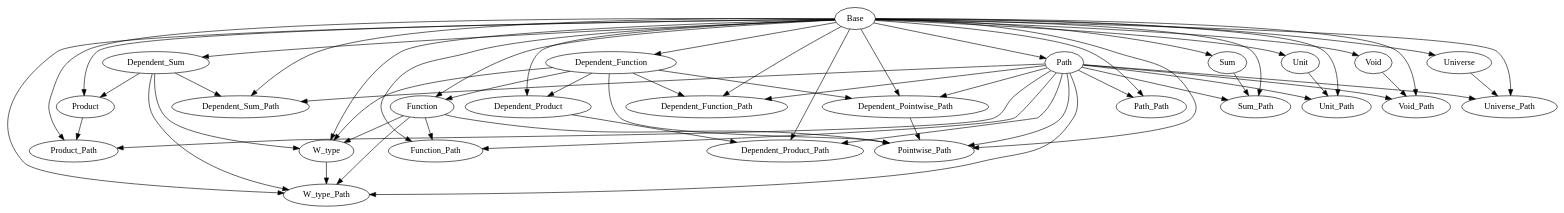
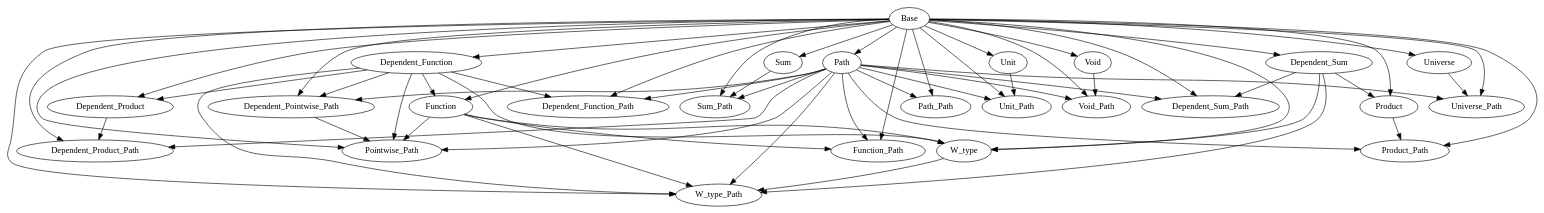
One commit to Hexirp/googology-in-coq changed the diagram in libraries/dependencies.gv. Above: the diagram before and after it, drawn with Graphviz. The commit also changed 1 other file, not shown here.

```diff
--- a/libraries/dependencies.gv
+++ b/libraries/dependencies.gv
@@ -1,86 +1,87 @@
 digraph Dependencies {
   # Base
   # Dependent_Function
   "Base" -> "Dependent_Function";
   # Function
   "Base" -> "Function";
   "Dependent_Function" -> "Function";
   # Dependent_Product
   "Base" -> "Dependent_Product";
   "Dependent_Function" -> "Dependent_Product";
   # Dependent_Sum
   "Base" -> "Dependent_Sum";
   # Product
   "Base" -> "Product";
   "Dependent_Sum" -> "Product";
   # Sum
   "Base" -> "Sum";
   # Unit
   "Base" -> "Unit";
   # Void
   "Base" -> "Void";
   # W_type
   "Base" -> "W_type";
   "Dependent_Function" -> "W_type";
   "Function" -> "W_type";
   "Dependent_Sum" -> "W_type";
   # Universe
   "Base" -> "Universe";
   # Path
   "Base" -> "Path";
   # Dependent_Function_Path
   "Base" -> "Dependent_Function_Path";
   "Dependent_Function" -> "Dependent_Function_Path";
   "Path" -> "Dependent_Function_Path";
   # Function_Path
   "Base" -> "Function_Path";
   "Function" -> "Function_Path";
   "Path" -> "Function_Path";
   # Dependent_Product_Path
   "Base" -> "Dependent_Product_Path";
   "Dependent_Product" -> "Dependent_Product_Path";
   "Path" -> "Dependent_Product_Path";
   # Dependent_Sum_Path
   "Base" -> "Dependent_Sum_Path";
   "Dependent_Sum" -> "Dependent_Sum_Path";
   "Path" -> "Dependent_Sum_Path";
   # Product_Path
   "Base" -> "Product_Path";
   "Product" -> "Product_Path";
   "Path" -> "Product_Path";
   # Sum_Path
   "Base" -> "Sum_Path";
   "Sum" -> "Sum_Path";
   "Path" -> "Sum_Path";
   # Unit_Path
   "Base" -> "Unit_Path";
   "Unit" -> "Unit_Path";
   "Path" -> "Unit_Path";
   # Void_Path
   "Base" -> "Void_Path";
   "Void" -> "Void_Path";
   "Path" -> "Void_Path";
   # W_type_Path
   "Base" -> "W_type_Path";
+  "Dependent_Function" -> "W_type_Path";
   "Function" -> "W_type_Path";
   "Dependent_Sum" -> "W_type_Path";
   "W_type" -> "W_type_Path";
   "Path" -> "W_type_Path";
   # Universe_Path
   "Base" -> "Universe_Path";
   "Universe" -> "Universe_Path";
   "Path" -> "Universe_Path";
   # Path_Path
   "Base" -> "Path_Path";
   "Path" -> "Path_Path";
   # Dependent_Pointwise_Path
   "Base" -> "Dependent_Pointwise_Path";
   "Dependent_Function" -> "Dependent_Pointwise_Path";
   "Path" -> "Dependent_Pointwise_Path";
   # Pointwise_Path
   "Base" -> "Pointwise_Path";
   "Dependent_Function" -> "Pointwise_Path";
   "Function" -> "Pointwise_Path";
   "Path" -> "Pointwise_Path";
   "Dependent_Pointwise_Path" -> "Pointwise_Path";
 }
```
